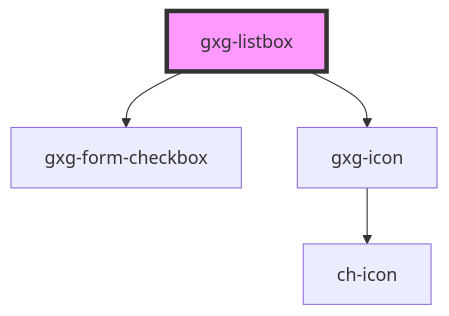
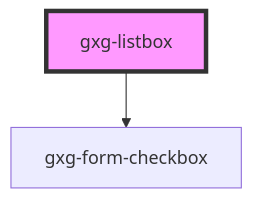
Before and after one commit to genexuslabs/gemini: the diagram in src/components/listbox/readme.md, drawn with Mermaid. The commit also changed other lines of this file and 18 other files, not shown here.

````diff
--- a/src/components/listbox/readme.md
+++ b/src/components/listbox/readme.md
@@ -29,7 +27,5 @@
 ```mermaid
 graph TD;
   gxg-listbox --> gxg-form-checkbox
-  gxg-listbox --> gxg-icon
-  gxg-icon --> ch-icon
   style gxg-listbox fill:#f9f,stroke:#333,stroke-width:4px
 ```
````
